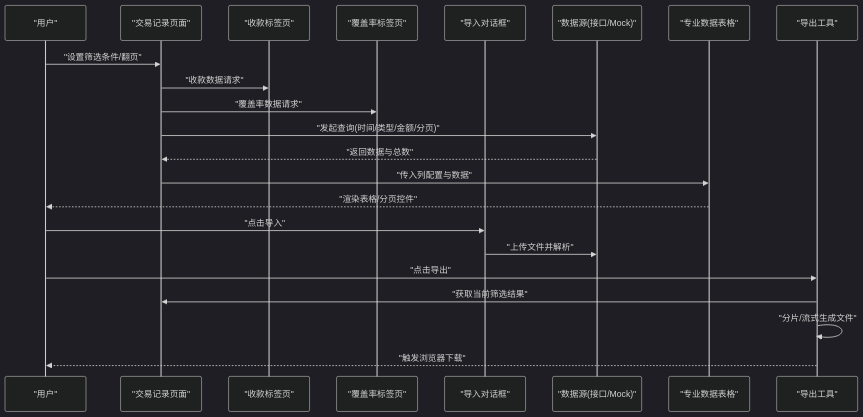
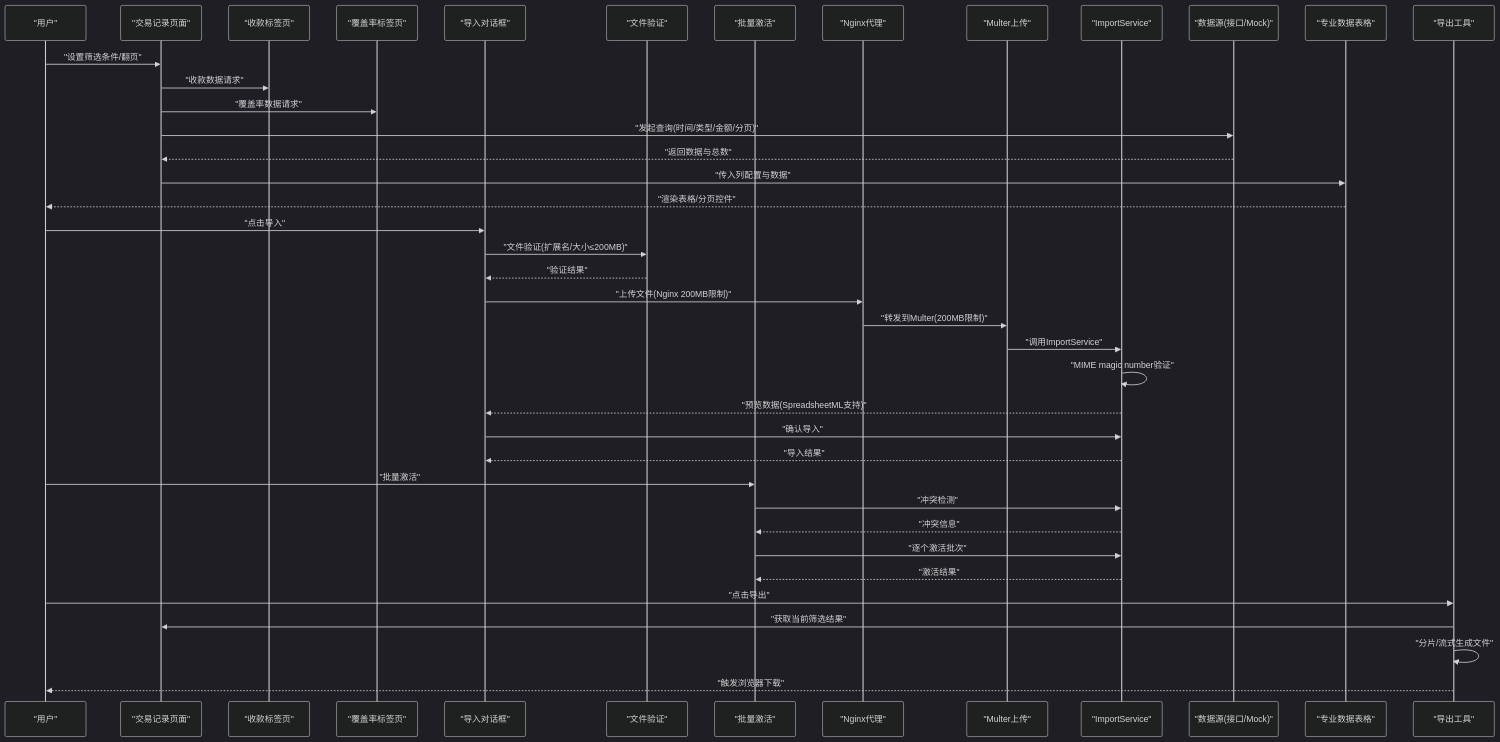
The second of 3 diagrams in .qoder/repowiki/zh/content/页面组件/交易记录页面/交易记录页面.md (Damao997/newproject), drawn with Mermaid (dark theme) before and after one commit. The commit also changed other lines of this file and 24 other files, not shown here.

````diff
--- a/.qoder/repowiki/zh/content/页面组件/交易记录页面/交易记录页面.md
+++ b/.qoder/repowiki/zh/content/页面组件/交易记录页面/交易记录页面.md
@@ -133,24 +188,42 @@
 ```mermaid
 sequenceDiagram
 participant U as "用户"
 participant P as "交易记录页面"
 participant CT as "收款标签页"
 participant CVT as "覆盖率标签页"
 participant ID as "导入对话框"
+participant FV as "文件验证"
+participant BA as "批量激活"
+participant NG as "Nginx代理"
+participant M as "Multer上传"
+participant S as "ImportService"
 participant D as "数据源(接口/Mock)"
 participant T as "专业数据表格"
 participant X as "导出工具"
 U->>P : "设置筛选条件/翻页"
 P->>CT : "收款数据请求"
 P->>CVT : "覆盖率数据请求"
 P->>D : "发起查询(时间/类型/金额/分页)"
 D-->>P : "返回数据与总数"
 P->>T : "传入列配置与数据"
 T-->>U : "渲染表格/分页控件"
 U->>ID : "点击导入"
-ID->>D : "上传文件并解析"
+ID->>FV : "文件验证(扩展名/大小≤200MB)"
+FV-->>ID : "验证结果"
+ID->>NG : "上传文件(Nginx 200MB限制)"
+NG->>M : "转发到Multer(200MB限制)"
+M->>S : "调用ImportService"
+S->>S : "MIME magic number验证"
+S-->>ID : "预览数据(SpreadsheetML支持)"
+ID->>S : "确认导入"
+S-->>ID : "导入结果"
+U->>BA : "批量激活"
+BA->>S : "冲突检测"
+S-->>BA : "冲突信息"
+BA->>S : "逐个激活批次"
+S-->>BA : "激活结果"
 U->>X : "点击导出"
 X->>P : "获取当前筛选结果"
 X->>X : "分片/流式生成文件"
 X-->>U : "触发浏览器下载"
 ```
````
